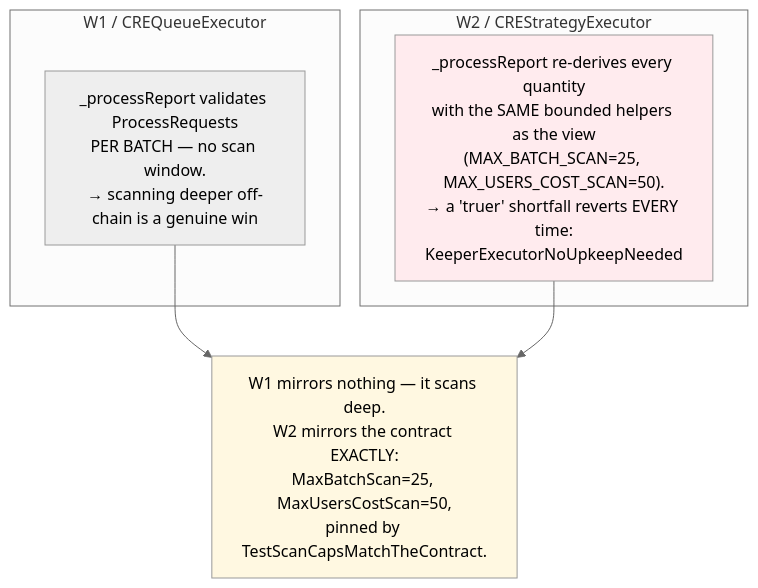
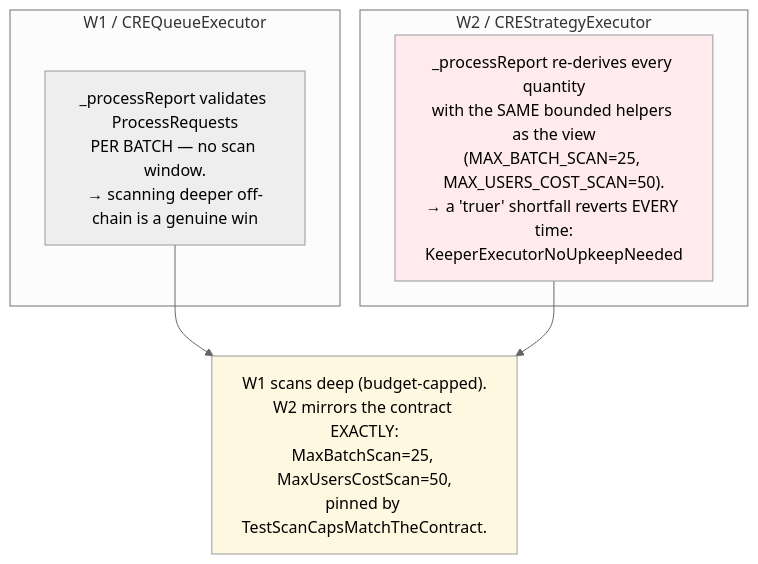
The third of 4 diagrams in blueprints/03-w2-strategy-keeper.md (everstrat-xyz/keepers), drawn with Mermaid (neutral theme) before and after one commit. The commit also changed other lines of this file and 16 other files, not shown here.

Commit message:
fix: w1 batch candidate selection + w2 ETH needs scan

````diff
--- a/blueprints/03-w2-strategy-keeper.md
+++ b/blueprints/03-w2-strategy-keeper.md
@@ -83,14 +92,14 @@
 ```mermaid
 flowchart TB
     subgraph W1C["W1 / CREQueueExecutor"]
         V1["_processReport validates ProcessRequests<br/>PER BATCH — no scan window.<br/>→ scanning deeper off-chain is a genuine win"]
     end
     subgraph W2C["W2 / CREStrategyExecutor"]
         V2["_processReport re-derives every quantity<br/>with the SAME bounded helpers as the view<br/>(MAX_BATCH_SCAN=25, MAX_USERS_COST_SCAN=50).<br/>→ a 'truer' shortfall reverts EVERY time:<br/>KeeperExecutorNoUpkeepNeeded"]
     end
-    CONCL["W1 mirrors nothing — it scans deep.<br/>W2 mirrors the contract EXACTLY:<br/>MaxBatchScan=25, MaxUsersCostScan=50,<br/>pinned by TestScanCapsMatchTheContract."]
+    CONCL["W1 scans deep (budget-capped).<br/>W2 mirrors the contract EXACTLY:<br/>MaxBatchScan=25, MaxUsersCostScan=50,<br/>pinned by TestScanCapsMatchTheContract."]
     V1 --> CONCL
     V2 --> CONCL
     style V2 fill:#ffebee
     style CONCL fill:#fff8e1
 ```
````
